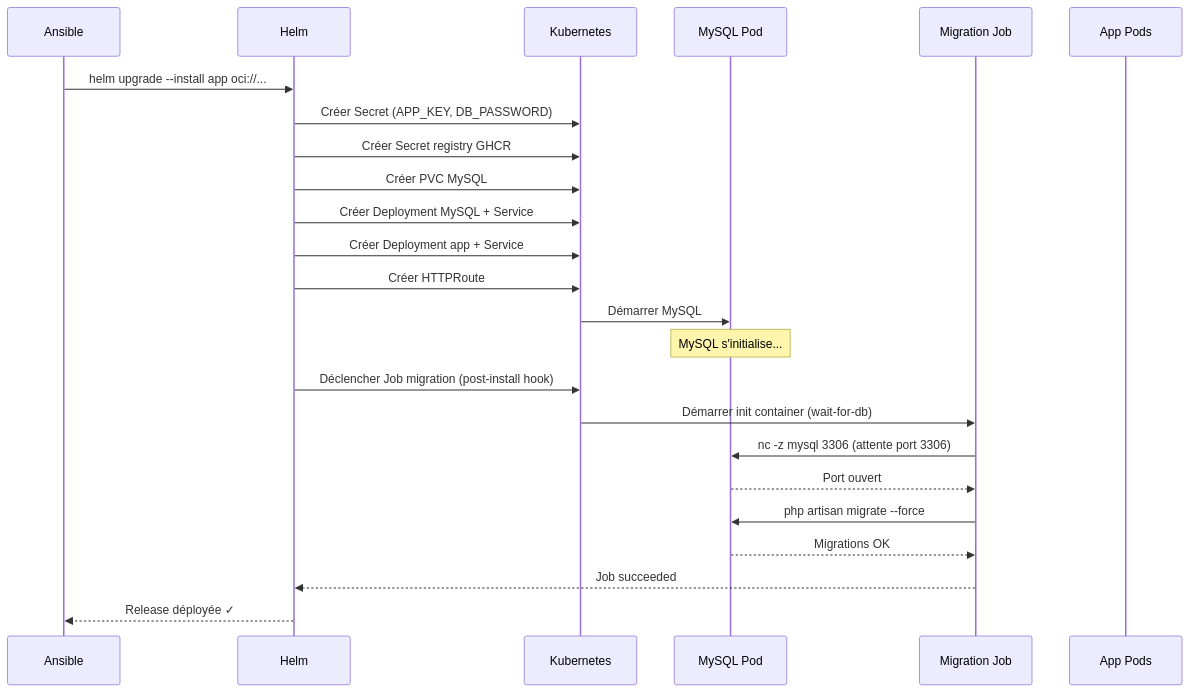
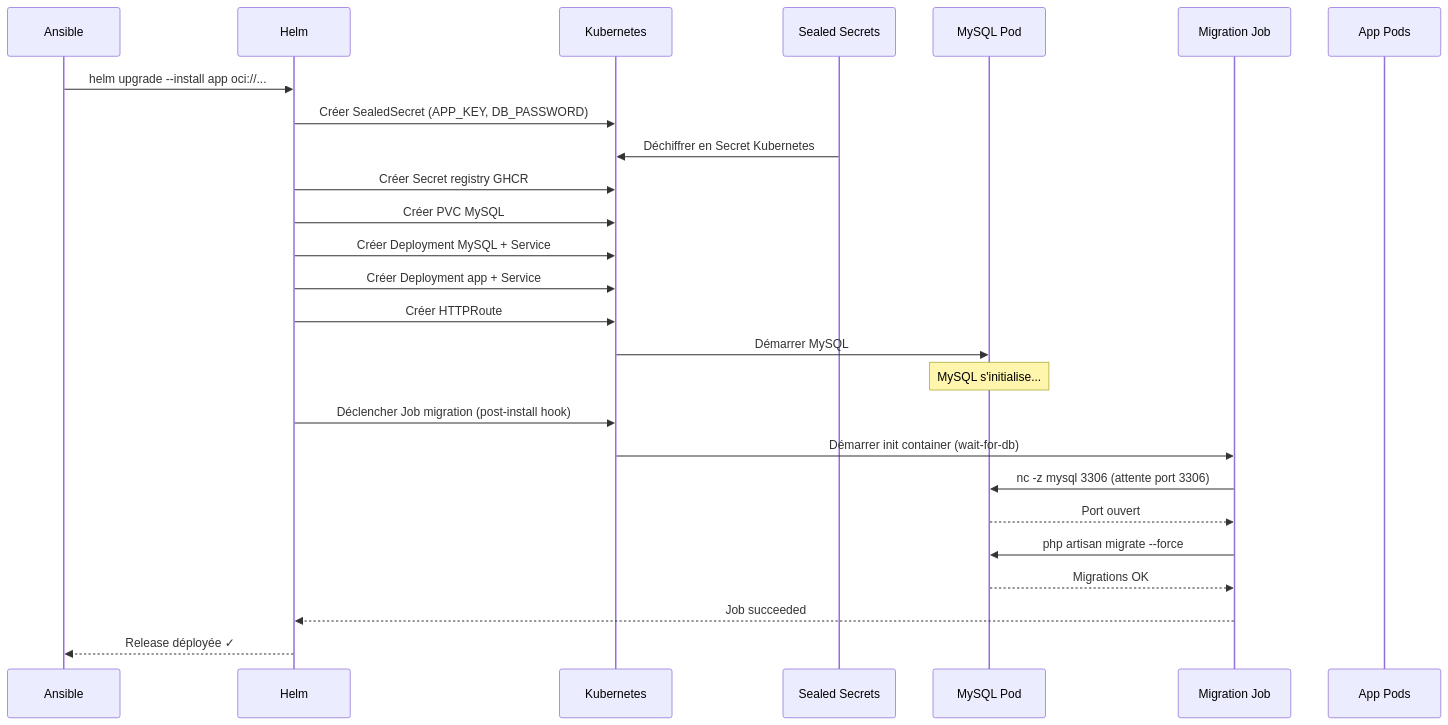
Before and after one commit to PikPakPik/T-CLO-902-NAN_1: the second of 2 diagrams in docs/deployment-flow.md, drawn with Mermaid. The commit also changed other lines of this file and 5 other files, not shown here.

````diff
--- a/docs/deployment-flow.md
+++ b/docs/deployment-flow.md
@@ -59,27 +64,29 @@
 ```mermaid
 sequenceDiagram
     participant A as Ansible
     participant H as Helm
     participant K as Kubernetes
+    participant S as Sealed Secrets
     participant M as MySQL Pod
     participant J as Migration Job
     participant P as App Pods
 
     A->>H: helm upgrade --install app oci://...
-    H->>K: Créer Secret (APP_KEY, DB_PASSWORD)
+    H->>K: Créer SealedSecret (APP_KEY, DB_PASSWORD)
+    S->>K: Déchiffrer en Secret Kubernetes
     H->>K: Créer Secret registry GHCR
     H->>K: Créer PVC MySQL
     H->>K: Créer Deployment MySQL + Service
     H->>K: Créer Deployment app + Service
     H->>K: Créer HTTPRoute
     K->>M: Démarrer MySQL
     Note over M: MySQL s'initialise...
     H->>K: Déclencher Job migration (post-install hook)
     K->>J: Démarrer init container (wait-for-db)
     J->>M: nc -z mysql 3306 (attente port 3306)
     M-->>J: Port ouvert
     J->>M: php artisan migrate --force
     M-->>J: Migrations OK
     J-->>H: Job succeeded
     H-->>A: Release déployée ✓
 ```
````
